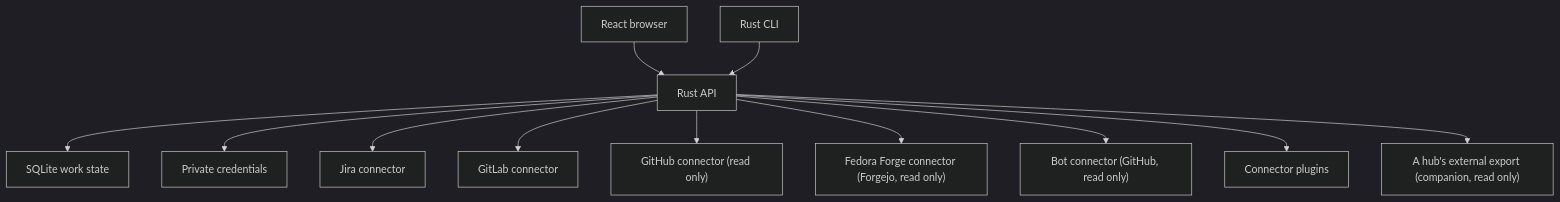
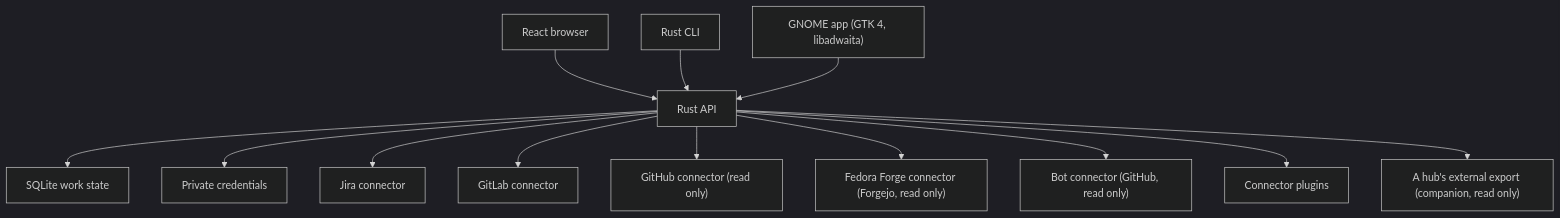
Before and after one commit to jmarrero-bot/work-tracker-poc: the diagram in docs/architecture.md, drawn with Mermaid (dark theme). The commit also changed other lines of this file and 2 other files, not shown here.

First line of the commit message:
README, docs: Document the GNOME app

````diff
--- a/docs/architecture.md
+++ b/docs/architecture.md
@@ -3,14 +3,15 @@
 ```mermaid
 flowchart TD
   Web["React browser"] --> API["Rust API"]
   CLI["Rust CLI"] --> API
+  GNOME["GNOME app (GTK 4, libadwaita)"] --> API
   API --> DB["SQLite work state"]
   API --> Secrets["Private credentials"]
   API --> Jira["Jira connector"]
   API --> GitLab["GitLab connector"]
   API --> GitHub["GitHub connector (read only)"]
   API --> Fedora["Fedora Forge connector (Forgejo, read only)"]
   API --> Bot["Bot connector (GitHub, read only)"]
   API --> Plugins["Connector plugins"]
   API --> Hub["A hub's external export (companion, read only)"]
 ```
````
